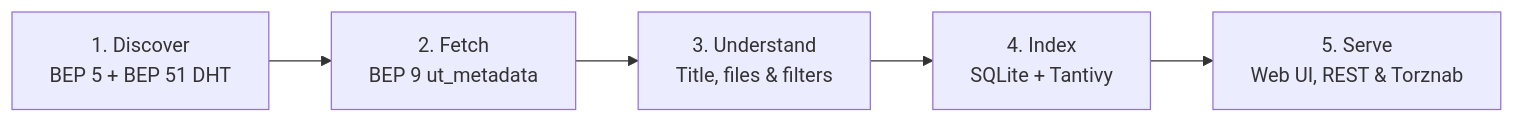
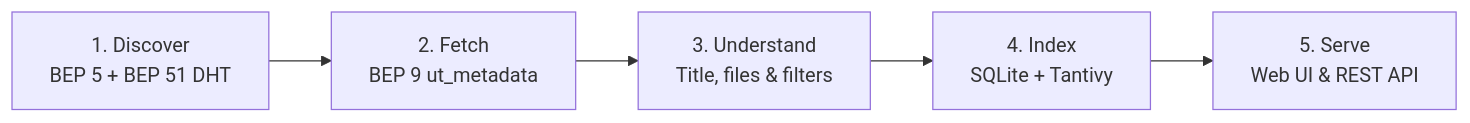
Before and after one commit to dvortsis/lodestar-v2: the diagram in README.md, drawn with Mermaid. The commit also changed other lines of this file and 3 other files, not shown here.

````diff
--- a/README.md
+++ b/README.md
@@ -50,7 +50,7 @@
 ```mermaid
 flowchart LR
   D["1. Discover<br/>BEP 5 + BEP 51 DHT"] --> F["2. Fetch<br/>BEP 9 ut_metadata"]
   F --> U["3. Understand<br/>Title, files & filters"]
   U --> I["4. Index<br/>SQLite + Tantivy"]
-  I --> S["5. Serve<br/>Web UI, REST & Torznab"]
+  I --> S["5. Serve<br/>Web UI & REST API"]
 ```
````
